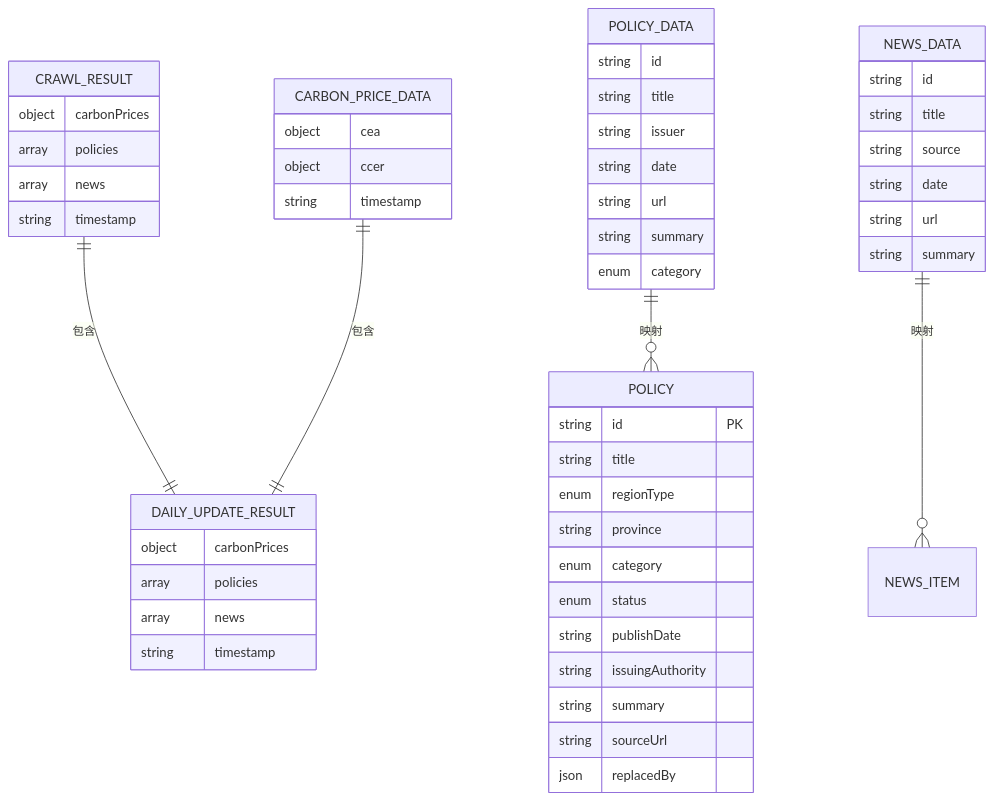
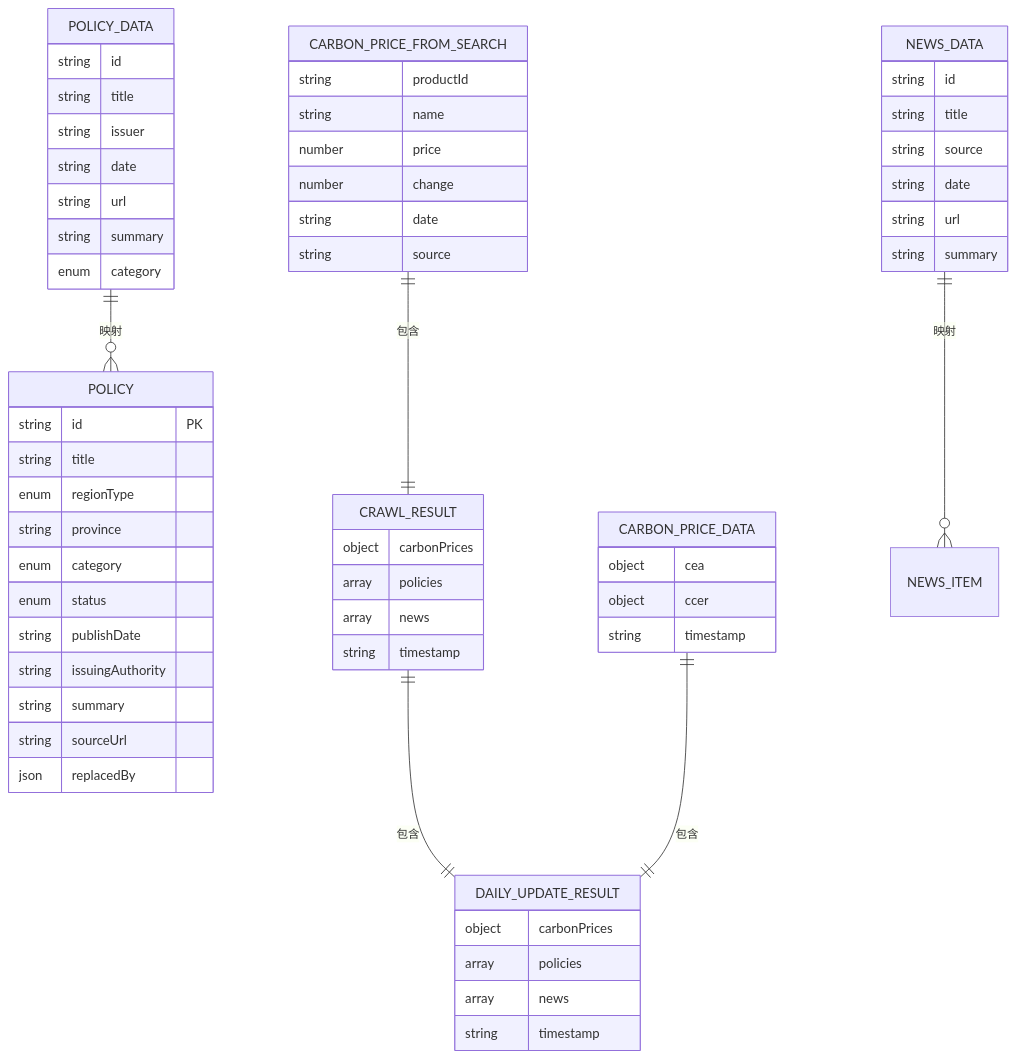
The second of 6 diagrams in .qoder/repowiki/zh/content/数据管理/数据管理.md (liangxuanliang-cmd/carbon-info-agent), drawn with Mermaid before and after one commit. The commit also changed other lines of this file and 6 other files, not shown here.

````diff
--- a/.qoder/repowiki/zh/content/数据管理/数据管理.md
+++ b/.qoder/repowiki/zh/content/数据管理/数据管理.md
@@ -113,54 +134,63 @@
 ```mermaid
 erDiagram
 POLICY {
 string id PK
 string title
 enum regionType
 string province
 enum category
 enum status
 string publishDate
 string issuingAuthority
 string summary
 string sourceUrl
 json replacedBy
 }
 CARBON_PRICE_DATA {
 object cea
 object ccer
 string timestamp
+}
+CARBON_PRICE_FROM_SEARCH {
+string productId
+string name
+number price
+number change
+string date
+string source
 }
 POLICY_DATA {
 string id
 string title
 string issuer
 string date
 string url
 string summary
 enum category
 }
 NEWS_DATA {
 string id
 string title
 string source
 string date
 string url
 string summary
 }
 CRAWL_RESULT {
 object carbonPrices
 array policies
 array news
 string timestamp
 }
 DAILY_UPDATE_RESULT {
 object carbonPrices
 array policies
 array news
 string timestamp
 }
 POLICY_DATA ||--o{ POLICY : "映射"
 NEWS_DATA ||--o{ NEWS_ITEM : "映射"
 CRAWL_RESULT ||--|| DAILY_UPDATE_RESULT : "包含"
 CARBON_PRICE_DATA ||--|| DAILY_UPDATE_RESULT : "包含"
+CARBON_PRICE_FROM_SEARCH ||--|| CRAWL_RESULT : "包含"
 ```
````
